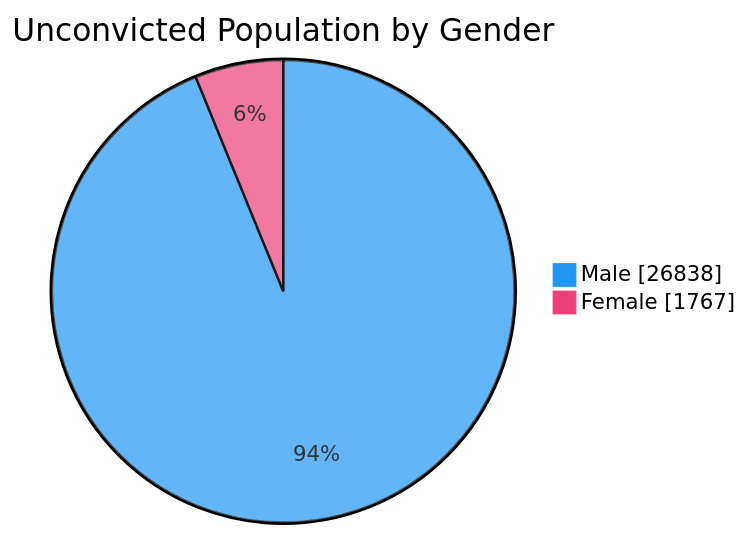
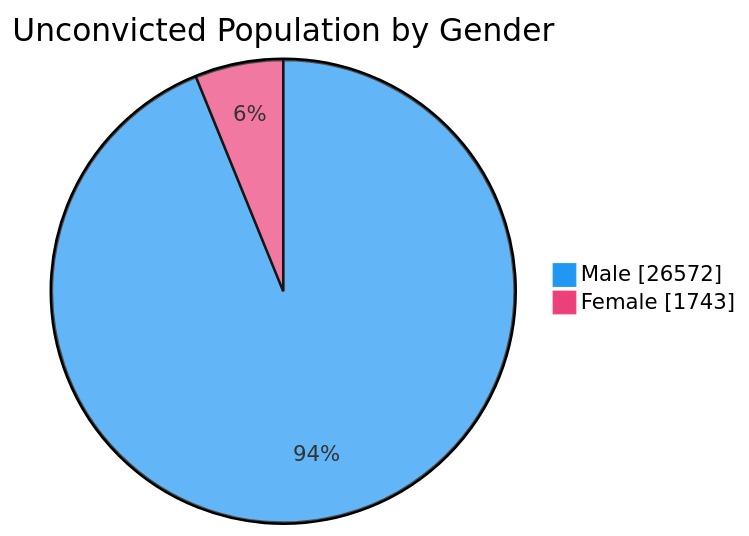
The fourth of 7 diagrams in README.md (nuuuwan/lk_prisons), drawn with Mermaid before and after one commit. The commit also changed other lines of this file and 1 other file, not shown here.

````diff
--- a/README.md
+++ b/README.md
@@ -76,6 +76,6 @@
 ```mermaid
 %%{init: {'themeVariables': {'pie1': '#2196F3', 'pie2': '#EC407A'}}}%%
 pie showData title Unconvicted Population by Gender
-    "Male" : 26838
-    "Female" : 1767
+    "Male" : 26572
+    "Female" : 1743
 ```
````
